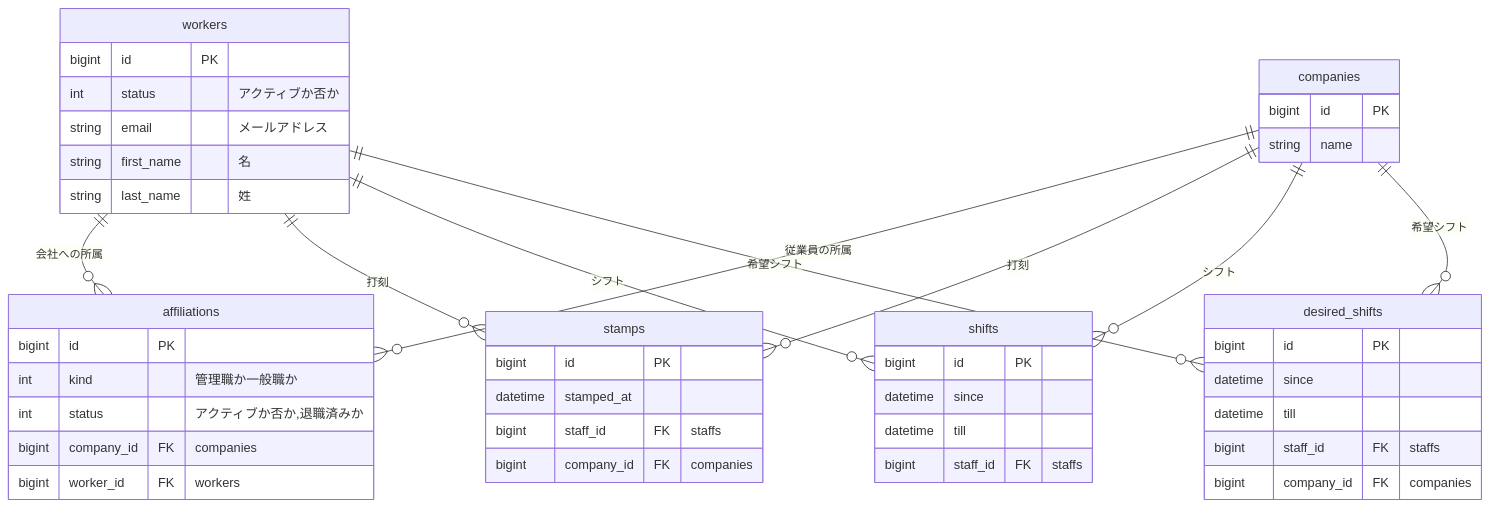
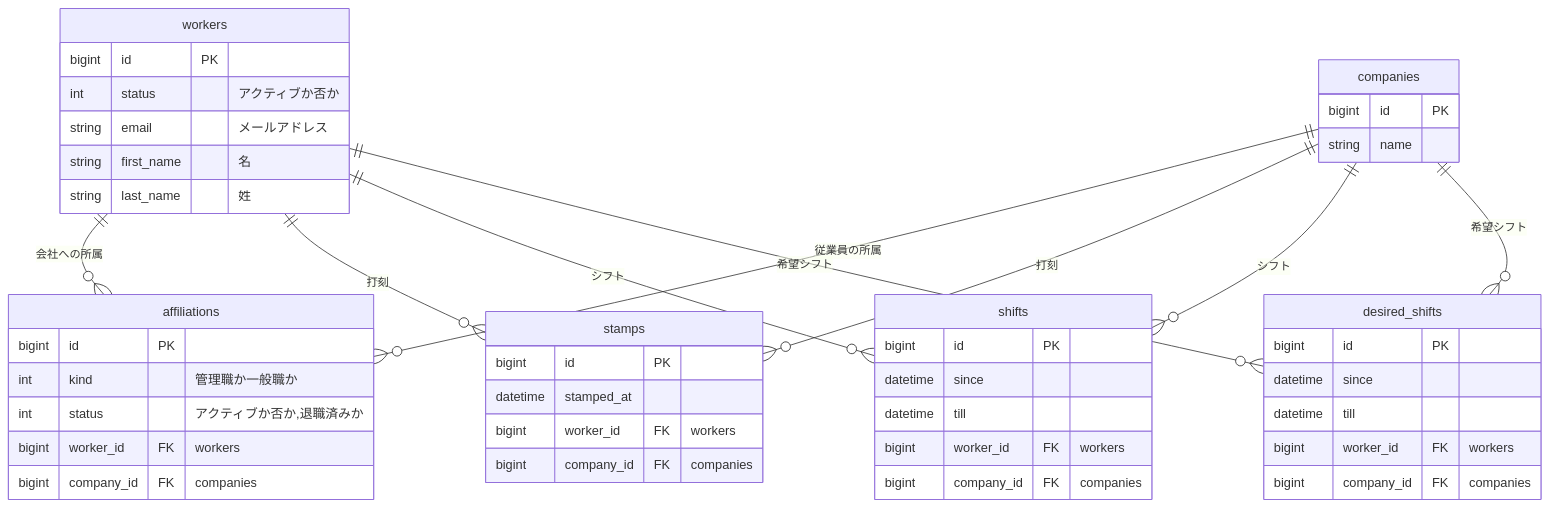
One commit to piny940/kintai changed the diagram in db/er.md. Above: the diagram before and after it, drawn with Mermaid.

Commit message:
外部キーの名前のミスを修正 (#4)

````diff
--- a/db/er.md
+++ b/db/er.md
@@ -1,51 +1,52 @@
 ```mermaid
 erDiagram
   companies ||--o{ affiliations : "従業員の所属"
   workers ||--o{ affiliations : "会社への所属"
   workers ||--o{ stamps : "打刻"
   workers ||--o{ shifts : "シフト"
   workers ||--o{ desired_shifts : "希望シフト"
   companies ||--o{ stamps : "打刻"
   companies ||--o{ shifts : "シフト"
   companies ||--o{ desired_shifts : "希望シフト"
 
   companies {
     bigint id PK
     string name
   }
   affiliations {
     bigint id PK
     int kind "管理職か一般職か"
     int status "アクティブか否か,退職済みか"
+    bigint worker_id FK "workers"
     bigint company_id FK "companies"
-    bigint worker_id FK "workers"
   }
   workers {
     bigint id PK
     int status "アクティブか否か"
     string email "メールアドレス"
     string first_name "名"
     string last_name "姓"
   }
 
   stamps {
     bigint id PK
     datetime stamped_at
-    bigint staff_id FK "staffs"
+    bigint worker_id FK "workers"
     bigint company_id FK "companies"
   }
 
   shifts {
     bigint id PK
     datetime since
     datetime till
-    bigint staff_id FK "staffs"
+    bigint worker_id FK "workers"
+    bigint company_id FK "companies"
   }
   desired_shifts {
     bigint id PK
     datetime since
     datetime till
-    bigint staff_id FK "staffs"
+    bigint worker_id FK "workers"
     bigint company_id FK "companies"
   }
 ```
````
